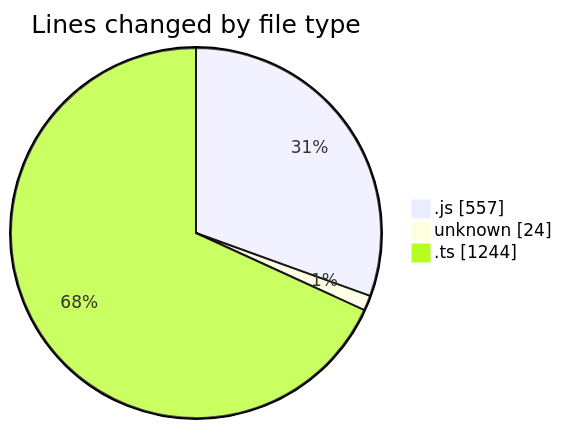
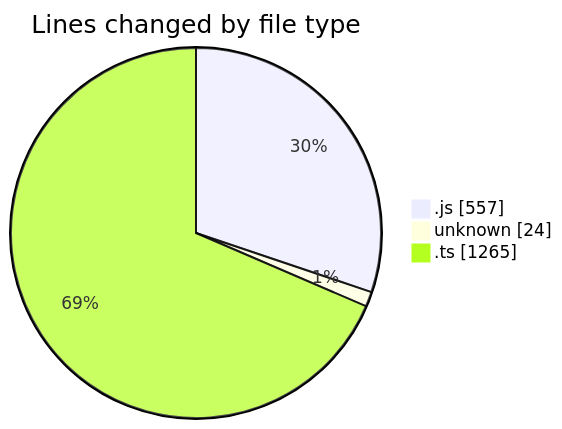
Before and after one commit to momahboobian/code-tracking: the first of 2 diagrams in 2025-02-05/cda/README.md, drawn with Mermaid. The commit also changed other lines of this file and 1 other file, not shown here.

````diff
--- a/2025-02-05/cda/README.md
+++ b/2025-02-05/cda/README.md
@@ -32,7 +32,7 @@
 ```mermaid
 pie showData
 title Lines changed by file type
 ".js" : 557
 "unknown" : 24
-".ts" : 1244
+".ts" : 1265
 ```
````
